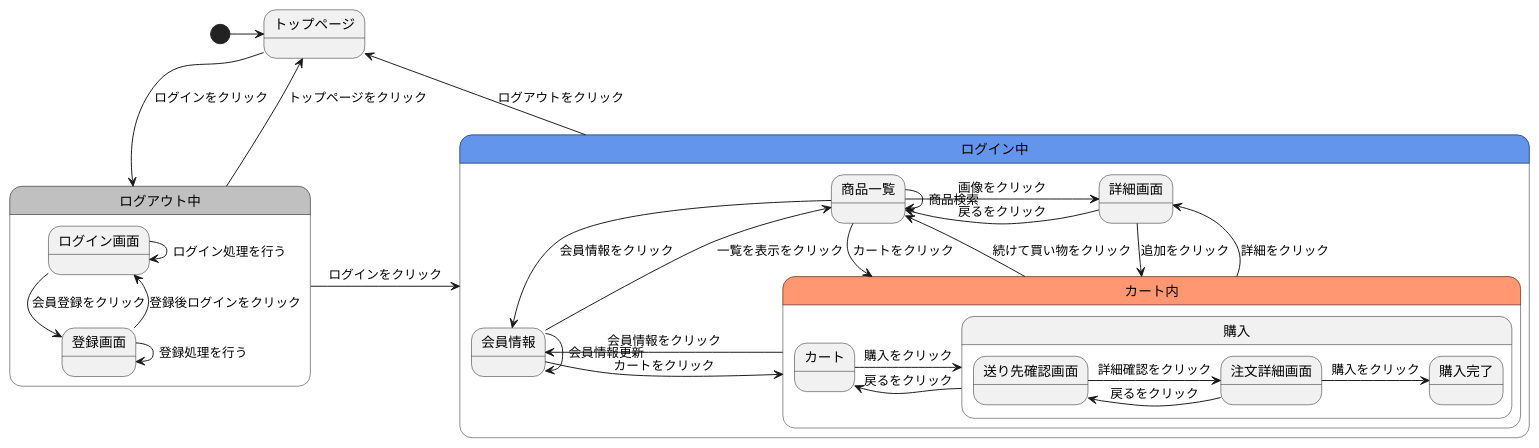
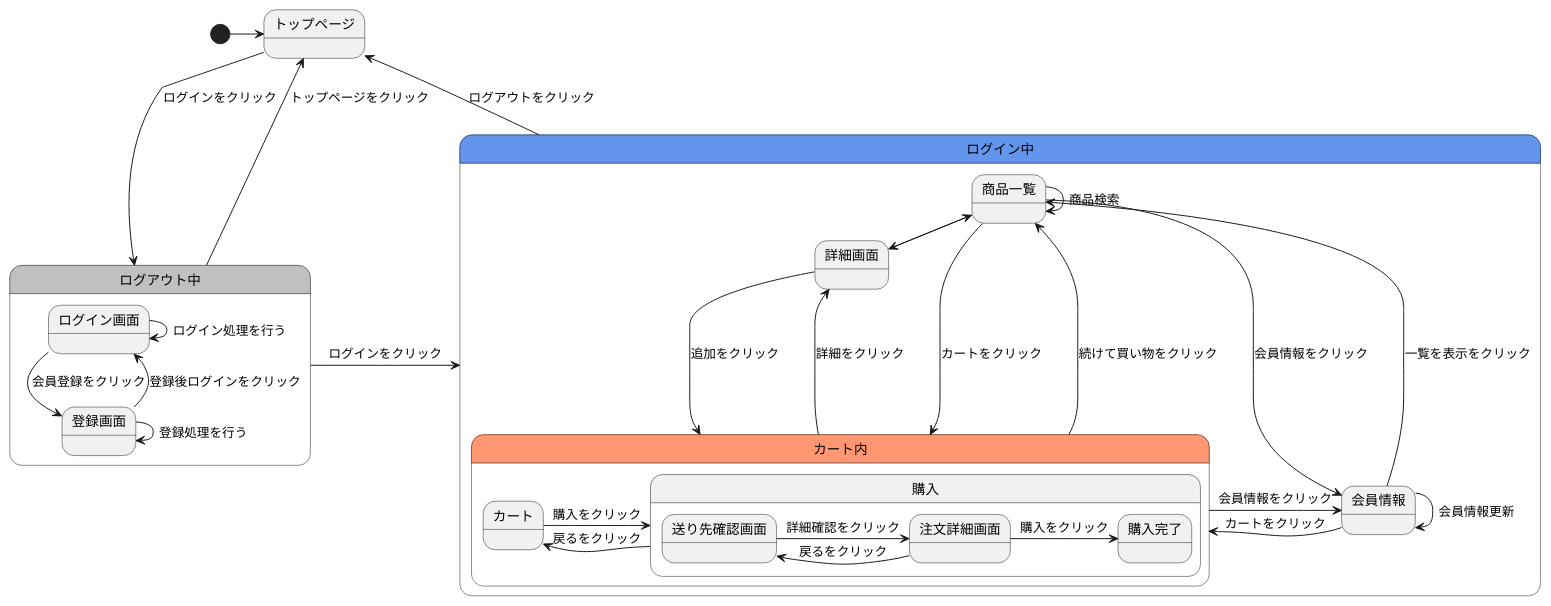
The diagram in gamen2.md (Aso2001409/2021sys-design), drawn with PlantUML before and after one commit.

````diff
--- a/gamen2.md
+++ b/gamen2.md
@@ -1,38 +1,38 @@
 ```uml
 @startuml
 [*]->トップページ
 トップページ-->ログアウト中 :ログインをクリック
 ログアウト中->トップページ :トップページをクリック
 ログイン中->トップページ : ログアウトをクリック
 state ログアウト中 #C0C0C0{
   ログイン画面-->登録画面 :会員登録をクリック
   ログイン画面->ログイン画面 :ログイン処理を行う
   登録画面->登録画面 :登録処理を行う
   登録画面--> ログイン画面 :登録後ログインをクリック
 }
 ログアウト中->ログイン中 :ログインをクリック
 state ログイン中 #6495ED{
   商品一覧->詳細画面 :画像をクリック
-  商品一覧-->カート内 :カートをクリック
+  商品一覧----->カート内 :カートをクリック
   商品一覧->会員情報 :会員情報をクリック
   商品一覧->商品一覧 :商品検索
   詳細画面->商品一覧 :戻るをクリック
   詳細画面-->カート内 :追加をクリック
   会員情報->商品一覧 :一覧を表示をクリック
   会員情報->カート内 :カートをクリック
   会員情報->会員情報 :会員情報更新
   state カート内 #FF9872{
     カート->購入 :購入をクリック
     購入->カート :戻るをクリック
       state 購入{
       送り先確認画面->注文詳細画面 :詳細確認をクリック
       注文詳細画面->購入完了 :購入をクリック
       注文詳細画面->送り先確認画面 :戻るをクリック
       }
     }  
   カート内->商品一覧 :続けて買い物をクリック
   カート内->会員情報 :会員情報をクリック
   カート内->詳細画面 :詳細をクリック
   }
 @enduml
 ```
````
